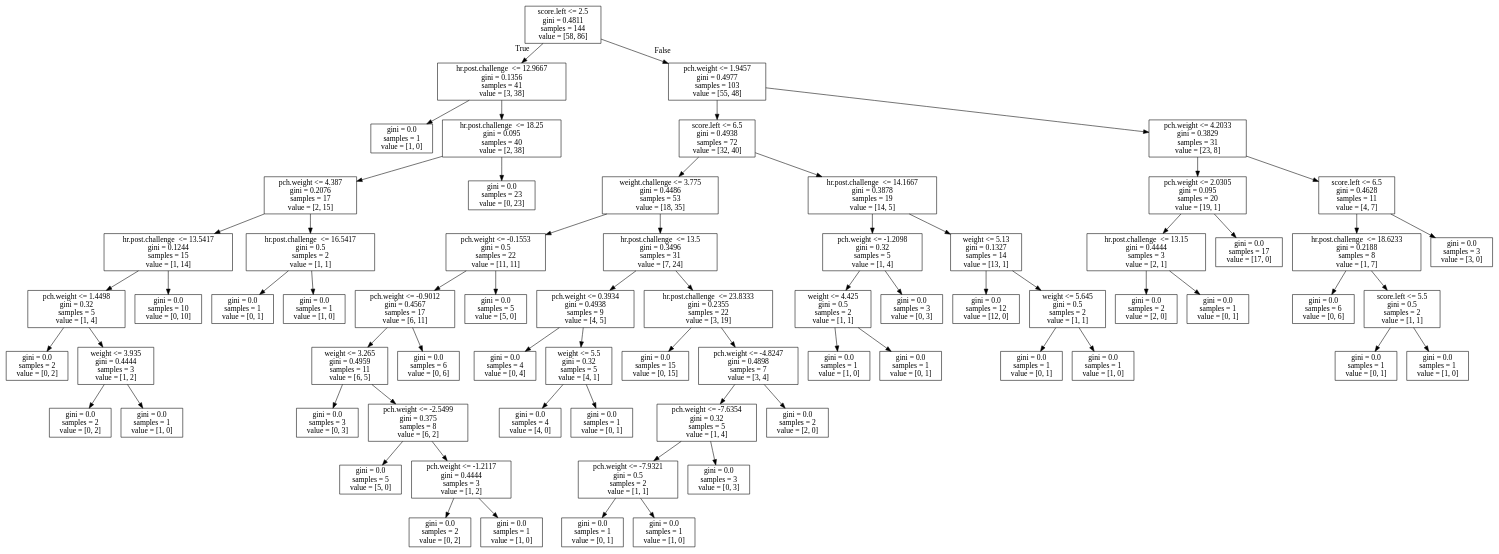
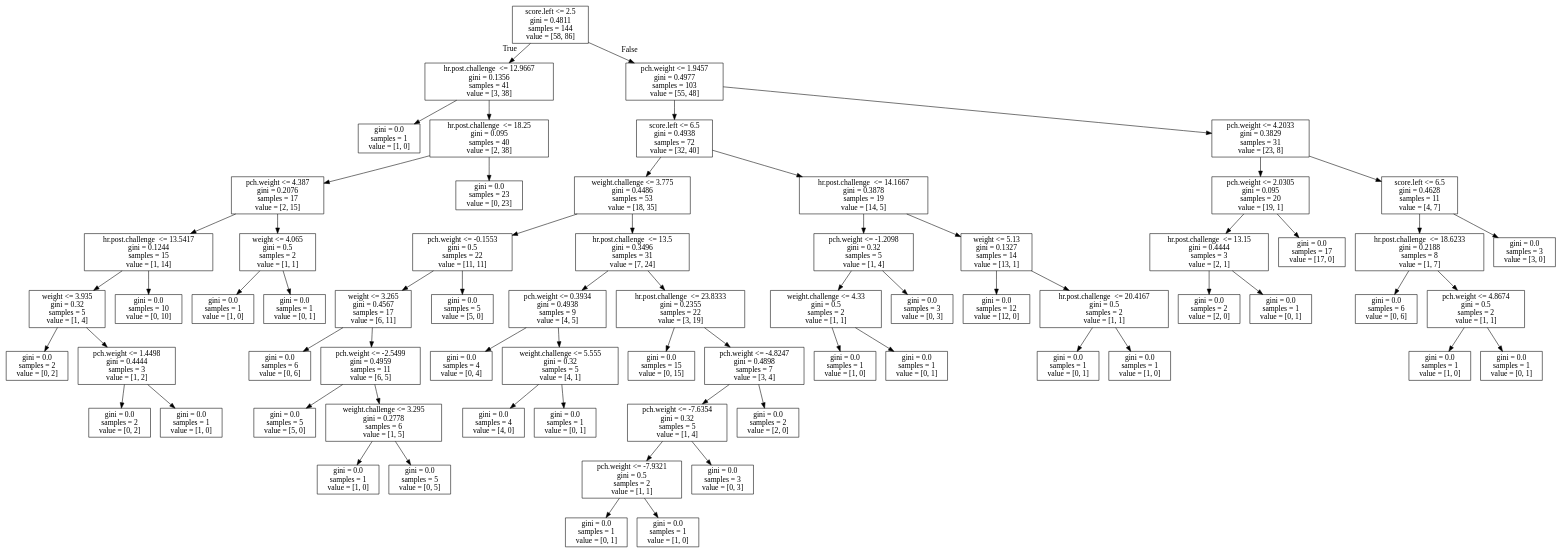
The diagram in notebooks/dt.dot (radaniba/Sepsis_Project), drawn with Graphviz before and after one commit. The commit also changed 1 other file, not shown here.

```diff
--- a/notebooks/dt.dot
+++ b/notebooks/dt.dot
@@ -1,140 +1,136 @@
 digraph Tree {
 node [shape=box] ;
 0 [label="score.left <= 2.5\ngini = 0.4811\nsamples = 144\nvalue = [58, 86]"] ;
 1 [label="hr.post.challenge  <= 12.9667\ngini = 0.1356\nsamples = 41\nvalue = [3, 38]"] ;
 0 -> 1 [labeldistance=2.5, labelangle=45, headlabel="True"] ;
 2 [label="gini = 0.0\nsamples = 1\nvalue = [1, 0]"] ;
 1 -> 2 ;
 3 [label="hr.post.challenge  <= 18.25\ngini = 0.095\nsamples = 40\nvalue = [2, 38]"] ;
 1 -> 3 ;
 4 [label="pch.weight <= 4.387\ngini = 0.2076\nsamples = 17\nvalue = [2, 15]"] ;
 3 -> 4 ;
 5 [label="hr.post.challenge  <= 13.5417\ngini = 0.1244\nsamples = 15\nvalue = [1, 14]"] ;
 4 -> 5 ;
-6 [label="pch.weight <= 1.4498\ngini = 0.32\nsamples = 5\nvalue = [1, 4]"] ;
+6 [label="weight <= 3.935\ngini = 0.32\nsamples = 5\nvalue = [1, 4]"] ;
 5 -> 6 ;
 7 [label="gini = 0.0\nsamples = 2\nvalue = [0, 2]"] ;
 6 -> 7 ;
-8 [label="weight <= 3.935\ngini = 0.4444\nsamples = 3\nvalue = [1, 2]"] ;
+8 [label="pch.weight <= 1.4498\ngini = 0.4444\nsamples = 3\nvalue = [1, 2]"] ;
 6 -> 8 ;
 9 [label="gini = 0.0\nsamples = 2\nvalue = [0, 2]"] ;
 8 -> 9 ;
 10 [label="gini = 0.0\nsamples = 1\nvalue = [1, 0]"] ;
 8 -> 10 ;
 11 [label="gini = 0.0\nsamples = 10\nvalue = [0, 10]"] ;
 5 -> 11 ;
-12 [label="hr.post.challenge  <= 16.5417\ngini = 0.5\nsamples = 2\nvalue = [1, 1]"] ;
+12 [label="weight <= 4.065\ngini = 0.5\nsamples = 2\nvalue = [1, 1]"] ;
 4 -> 12 ;
-13 [label="gini = 0.0\nsamples = 1\nvalue = [0, 1]"] ;
+13 [label="gini = 0.0\nsamples = 1\nvalue = [1, 0]"] ;
 12 -> 13 ;
-14 [label="gini = 0.0\nsamples = 1\nvalue = [1, 0]"] ;
+14 [label="gini = 0.0\nsamples = 1\nvalue = [0, 1]"] ;
 12 -> 14 ;
 15 [label="gini = 0.0\nsamples = 23\nvalue = [0, 23]"] ;
 3 -> 15 ;
 16 [label="pch.weight <= 1.9457\ngini = 0.4977\nsamples = 103\nvalue = [55, 48]"] ;
 0 -> 16 [labeldistance=2.5, labelangle=-45, headlabel="False"] ;
 17 [label="score.left <= 6.5\ngini = 0.4938\nsamples = 72\nvalue = [32, 40]"] ;
 16 -> 17 ;
 18 [label="weight.challenge <= 3.775\ngini = 0.4486\nsamples = 53\nvalue = [18, 35]"] ;
 17 -> 18 ;
 19 [label="pch.weight <= -0.1553\ngini = 0.5\nsamples = 22\nvalue = [11, 11]"] ;
 18 -> 19 ;
-20 [label="pch.weight <= -0.9012\ngini = 0.4567\nsamples = 17\nvalue = [6, 11]"] ;
+20 [label="weight <= 3.265\ngini = 0.4567\nsamples = 17\nvalue = [6, 11]"] ;
 19 -> 20 ;
-21 [label="weight <= 3.265\ngini = 0.4959\nsamples = 11\nvalue = [6, 5]"] ;
+21 [label="gini = 0.0\nsamples = 6\nvalue = [0, 6]"] ;
 20 -> 21 ;
-22 [label="gini = 0.0\nsamples = 3\nvalue = [0, 3]"] ;
-21 -> 22 ;
-23 [label="pch.weight <= -2.5499\ngini = 0.375\nsamples = 8\nvalue = [6, 2]"] ;
-21 -> 23 ;
-24 [label="gini = 0.0\nsamples = 5\nvalue = [5, 0]"] ;
-23 -> 24 ;
-25 [label="pch.weight <= -1.2117\ngini = 0.4444\nsamples = 3\nvalue = [1, 2]"] ;
-23 -> 25 ;
-26 [label="gini = 0.0\nsamples = 2\nvalue = [0, 2]"] ;
-25 -> 26 ;
-27 [label="gini = 0.0\nsamples = 1\nvalue = [1, 0]"] ;
-25 -> 27 ;
-28 [label="gini = 0.0\nsamples = 6\nvalue = [0, 6]"] ;
-20 -> 28 ;
-29 [label="gini = 0.0\nsamples = 5\nvalue = [5, 0]"] ;
-19 -> 29 ;
-30 [label="hr.post.challenge  <= 13.5\ngini = 0.3496\nsamples = 31\nvalue = [7, 24]"] ;
-18 -> 30 ;
-31 [label="pch.weight <= 0.3934\ngini = 0.4938\nsamples = 9\nvalue = [4, 5]"] ;
-30 -> 31 ;
-32 [label="gini = 0.0\nsamples = 4\nvalue = [0, 4]"] ;
+22 [label="pch.weight <= -2.5499\ngini = 0.4959\nsamples = 11\nvalue = [6, 5]"] ;
+20 -> 22 ;
+23 [label="gini = 0.0\nsamples = 5\nvalue = [5, 0]"] ;
+22 -> 23 ;
+24 [label="weight.challenge <= 3.295\ngini = 0.2778\nsamples = 6\nvalue = [1, 5]"] ;
+22 -> 24 ;
+25 [label="gini = 0.0\nsamples = 1\nvalue = [1, 0]"] ;
+24 -> 25 ;
+26 [label="gini = 0.0\nsamples = 5\nvalue = [0, 5]"] ;
+24 -> 26 ;
+27 [label="gini = 0.0\nsamples = 5\nvalue = [5, 0]"] ;
+19 -> 27 ;
+28 [label="hr.post.challenge  <= 13.5\ngini = 0.3496\nsamples = 31\nvalue = [7, 24]"] ;
+18 -> 28 ;
+29 [label="pch.weight <= 0.3934\ngini = 0.4938\nsamples = 9\nvalue = [4, 5]"] ;
+28 -> 29 ;
+30 [label="gini = 0.0\nsamples = 4\nvalue = [0, 4]"] ;
+29 -> 30 ;
+31 [label="weight.challenge <= 5.555\ngini = 0.32\nsamples = 5\nvalue = [4, 1]"] ;
+29 -> 31 ;
+32 [label="gini = 0.0\nsamples = 4\nvalue = [4, 0]"] ;
 31 -> 32 ;
-33 [label="weight <= 5.5\ngini = 0.32\nsamples = 5\nvalue = [4, 1]"] ;
+33 [label="gini = 0.0\nsamples = 1\nvalue = [0, 1]"] ;
 31 -> 33 ;
-34 [label="gini = 0.0\nsamples = 4\nvalue = [4, 0]"] ;
-33 -> 34 ;
-35 [label="gini = 0.0\nsamples = 1\nvalue = [0, 1]"] ;
-33 -> 35 ;
-36 [label="hr.post.challenge  <= 23.8333\ngini = 0.2355\nsamples = 22\nvalue = [3, 19]"] ;
-30 -> 36 ;
-37 [label="gini = 0.0\nsamples = 15\nvalue = [0, 15]"] ;
+34 [label="hr.post.challenge  <= 23.8333\ngini = 0.2355\nsamples = 22\nvalue = [3, 19]"] ;
+28 -> 34 ;
+35 [label="gini = 0.0\nsamples = 15\nvalue = [0, 15]"] ;
+34 -> 35 ;
+36 [label="pch.weight <= -4.8247\ngini = 0.4898\nsamples = 7\nvalue = [3, 4]"] ;
+34 -> 36 ;
+37 [label="pch.weight <= -7.6354\ngini = 0.32\nsamples = 5\nvalue = [1, 4]"] ;
 36 -> 37 ;
-38 [label="pch.weight <= -4.8247\ngini = 0.4898\nsamples = 7\nvalue = [3, 4]"] ;
-36 -> 38 ;
-39 [label="pch.weight <= -7.6354\ngini = 0.32\nsamples = 5\nvalue = [1, 4]"] ;
+38 [label="pch.weight <= -7.9321\ngini = 0.5\nsamples = 2\nvalue = [1, 1]"] ;
+37 -> 38 ;
+39 [label="gini = 0.0\nsamples = 1\nvalue = [0, 1]"] ;
 38 -> 39 ;
-40 [label="pch.weight <= -7.9321\ngini = 0.5\nsamples = 2\nvalue = [1, 1]"] ;
-39 -> 40 ;
-41 [label="gini = 0.0\nsamples = 1\nvalue = [0, 1]"] ;
-40 -> 41 ;
-42 [label="gini = 0.0\nsamples = 1\nvalue = [1, 0]"] ;
-40 -> 42 ;
-43 [label="gini = 0.0\nsamples = 3\nvalue = [0, 3]"] ;
-39 -> 43 ;
-44 [label="gini = 0.0\nsamples = 2\nvalue = [2, 0]"] ;
-38 -> 44 ;
-45 [label="hr.post.challenge  <= 14.1667\ngini = 0.3878\nsamples = 19\nvalue = [14, 5]"] ;
-17 -> 45 ;
-46 [label="pch.weight <= -1.2098\ngini = 0.32\nsamples = 5\nvalue = [1, 4]"] ;
+40 [label="gini = 0.0\nsamples = 1\nvalue = [1, 0]"] ;
+38 -> 40 ;
+41 [label="gini = 0.0\nsamples = 3\nvalue = [0, 3]"] ;
+37 -> 41 ;
+42 [label="gini = 0.0\nsamples = 2\nvalue = [2, 0]"] ;
+36 -> 42 ;
+43 [label="hr.post.challenge  <= 14.1667\ngini = 0.3878\nsamples = 19\nvalue = [14, 5]"] ;
+17 -> 43 ;
+44 [label="pch.weight <= -1.2098\ngini = 0.32\nsamples = 5\nvalue = [1, 4]"] ;
+43 -> 44 ;
+45 [label="weight.challenge <= 4.33\ngini = 0.5\nsamples = 2\nvalue = [1, 1]"] ;
+44 -> 45 ;
+46 [label="gini = 0.0\nsamples = 1\nvalue = [1, 0]"] ;
 45 -> 46 ;
-47 [label="weight <= 4.425\ngini = 0.5\nsamples = 2\nvalue = [1, 1]"] ;
-46 -> 47 ;
-48 [label="gini = 0.0\nsamples = 1\nvalue = [1, 0]"] ;
-47 -> 48 ;
-49 [label="gini = 0.0\nsamples = 1\nvalue = [0, 1]"] ;
-47 -> 49 ;
-50 [label="gini = 0.0\nsamples = 3\nvalue = [0, 3]"] ;
-46 -> 50 ;
-51 [label="weight <= 5.13\ngini = 0.1327\nsamples = 14\nvalue = [13, 1]"] ;
-45 -> 51 ;
-52 [label="gini = 0.0\nsamples = 12\nvalue = [12, 0]"] ;
+47 [label="gini = 0.0\nsamples = 1\nvalue = [0, 1]"] ;
+45 -> 47 ;
+48 [label="gini = 0.0\nsamples = 3\nvalue = [0, 3]"] ;
+44 -> 48 ;
+49 [label="weight <= 5.13\ngini = 0.1327\nsamples = 14\nvalue = [13, 1]"] ;
+43 -> 49 ;
+50 [label="gini = 0.0\nsamples = 12\nvalue = [12, 0]"] ;
+49 -> 50 ;
+51 [label="hr.post.challenge  <= 20.4167\ngini = 0.5\nsamples = 2\nvalue = [1, 1]"] ;
+49 -> 51 ;
+52 [label="gini = 0.0\nsamples = 1\nvalue = [0, 1]"] ;
 51 -> 52 ;
-53 [label="weight <= 5.645\ngini = 0.5\nsamples = 2\nvalue = [1, 1]"] ;
+53 [label="gini = 0.0\nsamples = 1\nvalue = [1, 0]"] ;
 51 -> 53 ;
-54 [label="gini = 0.0\nsamples = 1\nvalue = [0, 1]"] ;
-53 -> 54 ;
-55 [label="gini = 0.0\nsamples = 1\nvalue = [1, 0]"] ;
-53 -> 55 ;
-56 [label="pch.weight <= 4.2033\ngini = 0.3829\nsamples = 31\nvalue = [23, 8]"] ;
-16 -> 56 ;
-57 [label="pch.weight <= 2.0305\ngini = 0.095\nsamples = 20\nvalue = [19, 1]"] ;
+54 [label="pch.weight <= 4.2033\ngini = 0.3829\nsamples = 31\nvalue = [23, 8]"] ;
+16 -> 54 ;
+55 [label="pch.weight <= 2.0305\ngini = 0.095\nsamples = 20\nvalue = [19, 1]"] ;
+54 -> 55 ;
+56 [label="hr.post.challenge  <= 13.15\ngini = 0.4444\nsamples = 3\nvalue = [2, 1]"] ;
+55 -> 56 ;
+57 [label="gini = 0.0\nsamples = 2\nvalue = [2, 0]"] ;
 56 -> 57 ;
-58 [label="hr.post.challenge  <= 13.15\ngini = 0.4444\nsamples = 3\nvalue = [2, 1]"] ;
-57 -> 58 ;
-59 [label="gini = 0.0\nsamples = 2\nvalue = [2, 0]"] ;
-58 -> 59 ;
-60 [label="gini = 0.0\nsamples = 1\nvalue = [0, 1]"] ;
-58 -> 60 ;
-61 [label="gini = 0.0\nsamples = 17\nvalue = [17, 0]"] ;
-57 -> 61 ;
-62 [label="score.left <= 6.5\ngini = 0.4628\nsamples = 11\nvalue = [4, 7]"] ;
-56 -> 62 ;
-63 [label="hr.post.challenge  <= 18.6233\ngini = 0.2188\nsamples = 8\nvalue = [1, 7]"] ;
-62 -> 63 ;
-64 [label="gini = 0.0\nsamples = 6\nvalue = [0, 6]"] ;
+58 [label="gini = 0.0\nsamples = 1\nvalue = [0, 1]"] ;
+56 -> 58 ;
+59 [label="gini = 0.0\nsamples = 17\nvalue = [17, 0]"] ;
+55 -> 59 ;
+60 [label="score.left <= 6.5\ngini = 0.4628\nsamples = 11\nvalue = [4, 7]"] ;
+54 -> 60 ;
+61 [label="hr.post.challenge  <= 18.6233\ngini = 0.2188\nsamples = 8\nvalue = [1, 7]"] ;
+60 -> 61 ;
+62 [label="gini = 0.0\nsamples = 6\nvalue = [0, 6]"] ;
+61 -> 62 ;
+63 [label="pch.weight <= 4.8674\ngini = 0.5\nsamples = 2\nvalue = [1, 1]"] ;
+61 -> 63 ;
+64 [label="gini = 0.0\nsamples = 1\nvalue = [1, 0]"] ;
 63 -> 64 ;
-65 [label="score.left <= 5.5\ngini = 0.5\nsamples = 2\nvalue = [1, 1]"] ;
+65 [label="gini = 0.0\nsamples = 1\nvalue = [0, 1]"] ;
 63 -> 65 ;
-66 [label="gini = 0.0\nsamples = 1\nvalue = [0, 1]"] ;
-65 -> 66 ;
-67 [label="gini = 0.0\nsamples = 1\nvalue = [1, 0]"] ;
-65 -> 67 ;
-68 [label="gini = 0.0\nsamples = 3\nvalue = [3, 0]"] ;
-62 -> 68 ;
+66 [label="gini = 0.0\nsamples = 3\nvalue = [3, 0]"] ;
+60 -> 66 ;
 }
```
